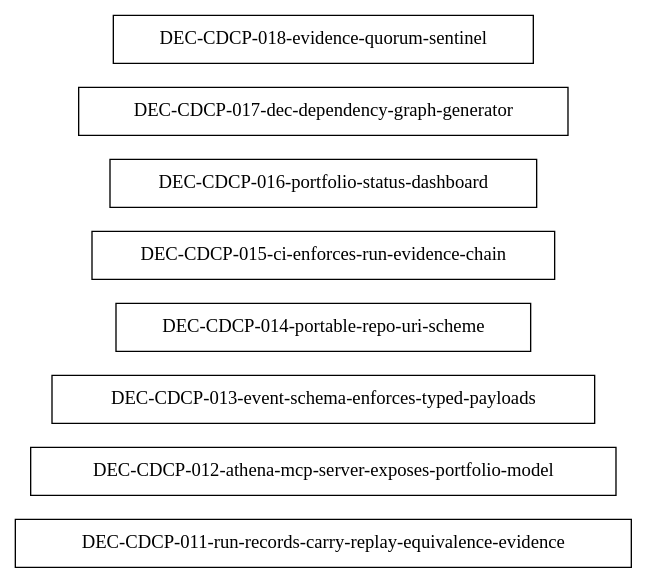
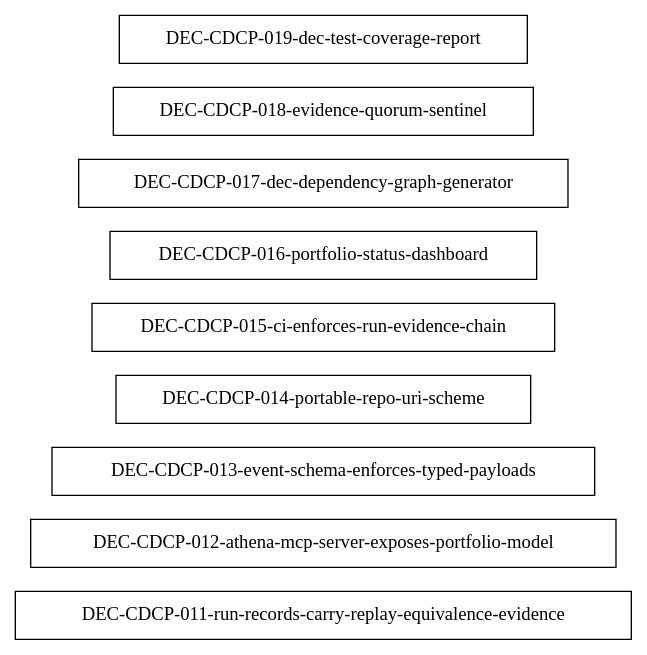
Before and after one commit to AthenaTheOwl/athena-site: the diagram in ops/dec-graphs/athena-site.dot, drawn with Graphviz. The commit also changed 12 other files, not shown here.

First line of the commit message:
docs(governance): DEC-CDCP-019 records the DEC test-coverage report contract

```diff
--- a/ops/dec-graphs/athena-site.dot
+++ b/ops/dec-graphs/athena-site.dot
@@ -1,11 +1,12 @@
 digraph dec_chains_athena_site {
   rankdir=LR;
   "DEC-CDCP-011-run-records-carry-replay-equivalence-evidence" [shape=box, style=solid];
   "DEC-CDCP-012-athena-mcp-server-exposes-portfolio-model" [shape=box, style=solid];
   "DEC-CDCP-013-event-schema-enforces-typed-payloads" [shape=box, style=solid];
   "DEC-CDCP-014-portable-repo-uri-scheme" [shape=box, style=solid];
   "DEC-CDCP-015-ci-enforces-run-evidence-chain" [shape=box, style=solid];
   "DEC-CDCP-016-portfolio-status-dashboard" [shape=box, style=solid];
   "DEC-CDCP-017-dec-dependency-graph-generator" [shape=box, style=solid];
   "DEC-CDCP-018-evidence-quorum-sentinel" [shape=box, style=solid];
+  "DEC-CDCP-019-dec-test-coverage-report" [shape=box, style=solid];
 }
```
